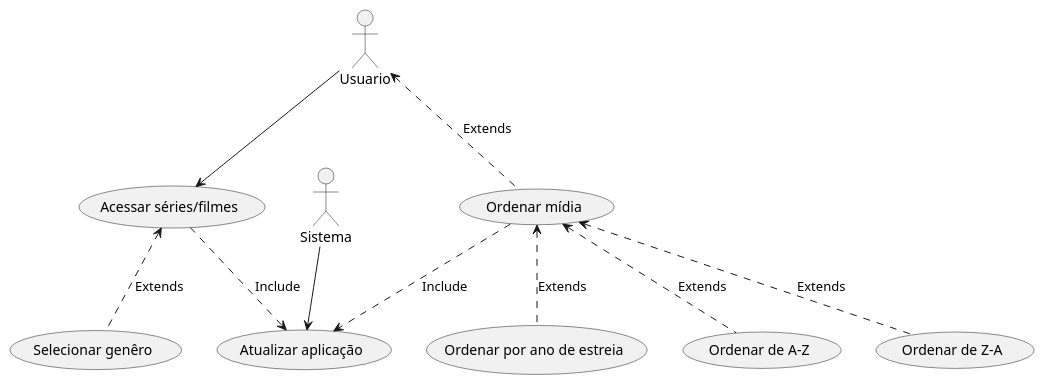
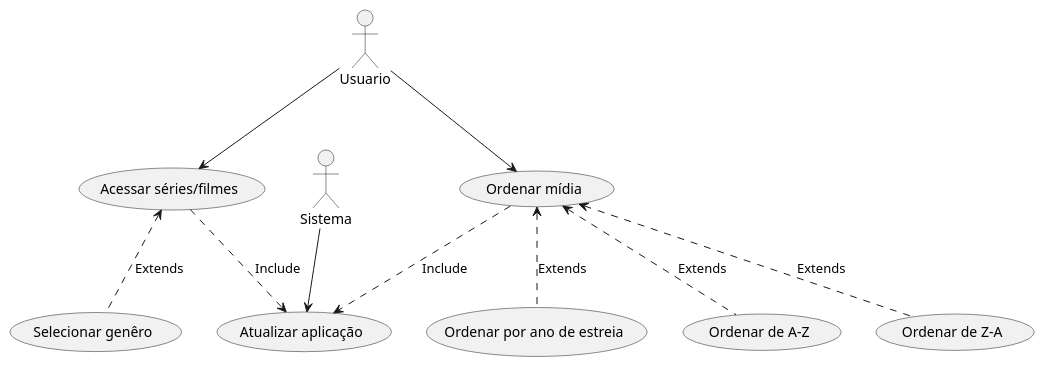
The diagram in netflix/A-Casos-de-uso/useCaseSeriesFilmes.puml (kvojps/estudo-uml), drawn with PlantUML before and after one commit. The commit also changed 8 other files, not shown here.

```diff
--- a/netflix/A-Casos-de-uso/useCaseSeriesFilmes.puml
+++ b/netflix/A-Casos-de-uso/useCaseSeriesFilmes.puml
@@ -1,15 +1,15 @@
 @startuml Seção séries/filmes
 actor Usuario
 actor Sistema
 
 (Usuario) --> (Acessar séries/filmes)
-(Usuario) <.. (Ordenar mídia) : Extends
+(Usuario) --> (Ordenar mídia)
 (Ordenar mídia) <.. (Ordenar por ano de estreia) : Extends
 (Ordenar mídia) <.. (Ordenar de A-Z) : Extends
 (Ordenar mídia) <.. (Ordenar de Z-A) : Extends
 (Acessar séries/filmes) <.. (Selecionar genêro) :Extends
 
 (Sistema) --> (Atualizar aplicação)
 (Acessar séries/filmes) ..> (Atualizar aplicação) :Include
 (Ordenar mídia) ..> (Atualizar aplicação) :Include
 @enduml
```
